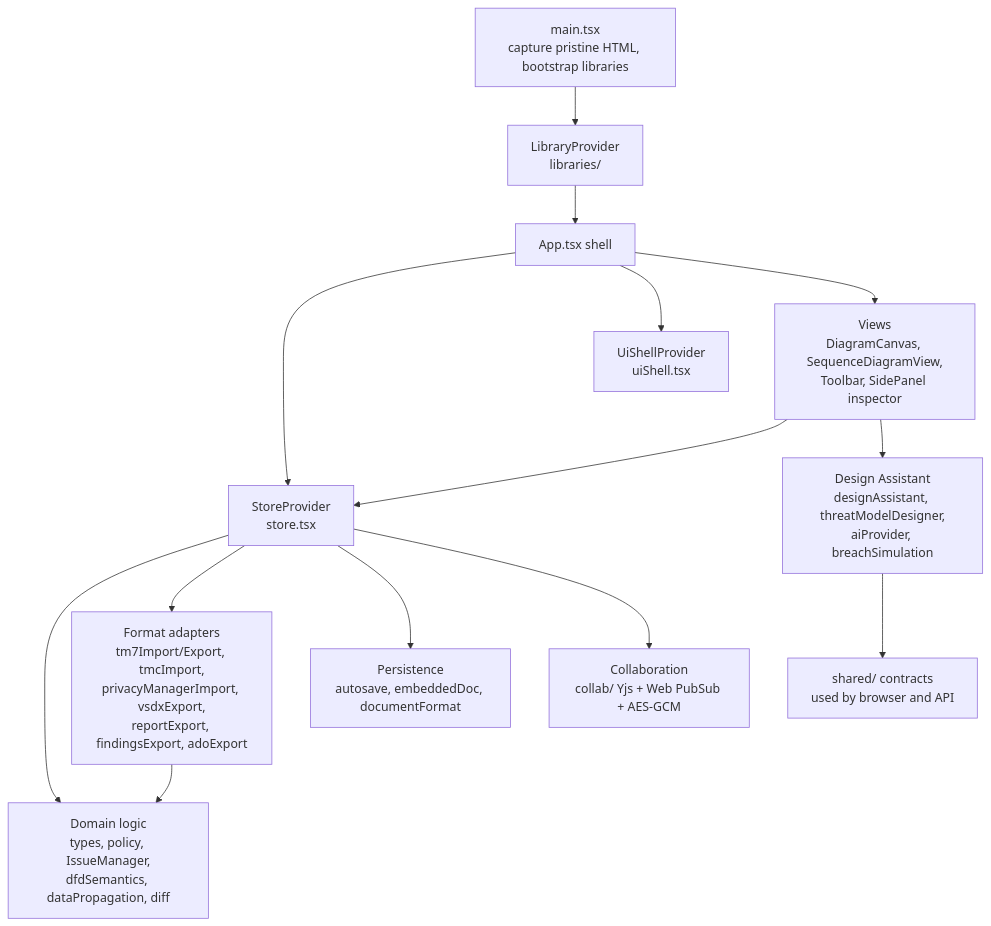
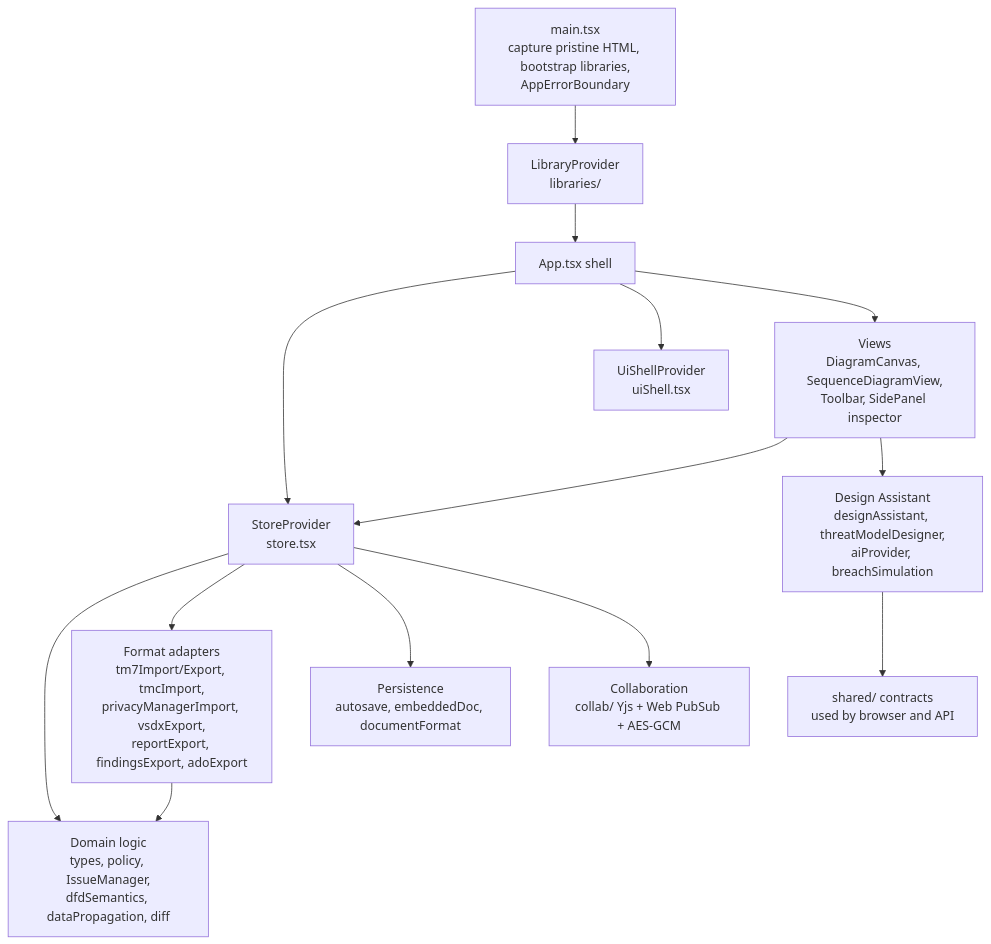
Before and after one commit to CMJ-CSRM-Pros/SecureDesignStudio: the third of 8 diagrams in docs/architecture.md, drawn with Mermaid. The commit also changed other lines of this file, not shown here.

First line of the commit message:
Cover security hardening from #39 in the architecture doc

````diff
--- a/docs/architecture.md
+++ b/docs/architecture.md
@@ -121,22 +121,22 @@
 ```mermaid
 flowchart TB
-  main[main.tsx<br/>capture pristine HTML, bootstrap libraries]
+  main[main.tsx<br/>capture pristine HTML, bootstrap libraries,<br/>AppErrorBoundary]
   lib[LibraryProvider<br/>libraries/]
   app[App.tsx shell]
   store[StoreProvider<br/>store.tsx]
   ui[UiShellProvider<br/>uiShell.tsx]
   views[Views<br/>DiagramCanvas, SequenceDiagramView,<br/>Toolbar, SidePanel inspector]
   domain[Domain logic<br/>types, policy, IssueManager,<br/>dfdSemantics, dataPropagation, diff]
   io[Format adapters<br/>tm7Import/Export, tmcImport,<br/>privacyManagerImport, vsdxExport,<br/>reportExport, findingsExport, adoExport]
   persist[Persistence<br/>autosave, embeddedDoc, documentFormat]
   collab[Collaboration<br/>collab/ Yjs + Web PubSub + AES-GCM]
   assist[Design Assistant<br/>designAssistant, threatModelDesigner,<br/>aiProvider, breachSimulation]
   shared[shared/ contracts<br/>used by browser and API]
 
   main --> lib --> app --> store & ui
   app --> views
   views --> store
   store --> domain & io & persist & collab
   views --> assist --> shared
   io --> domain
 ```
````
